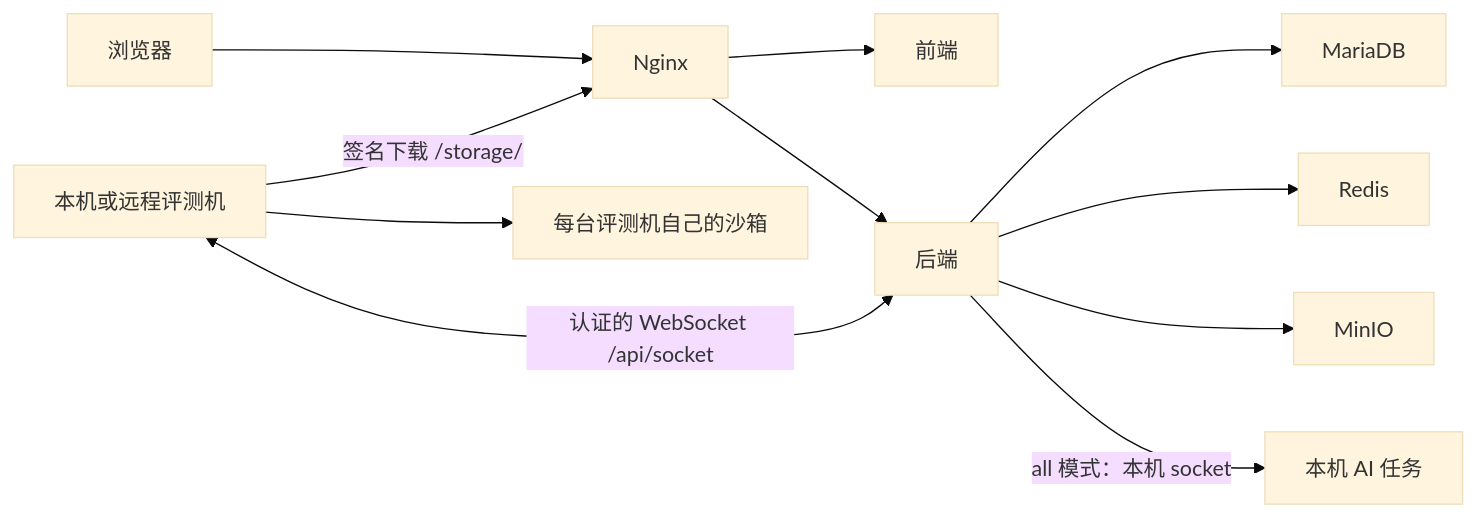
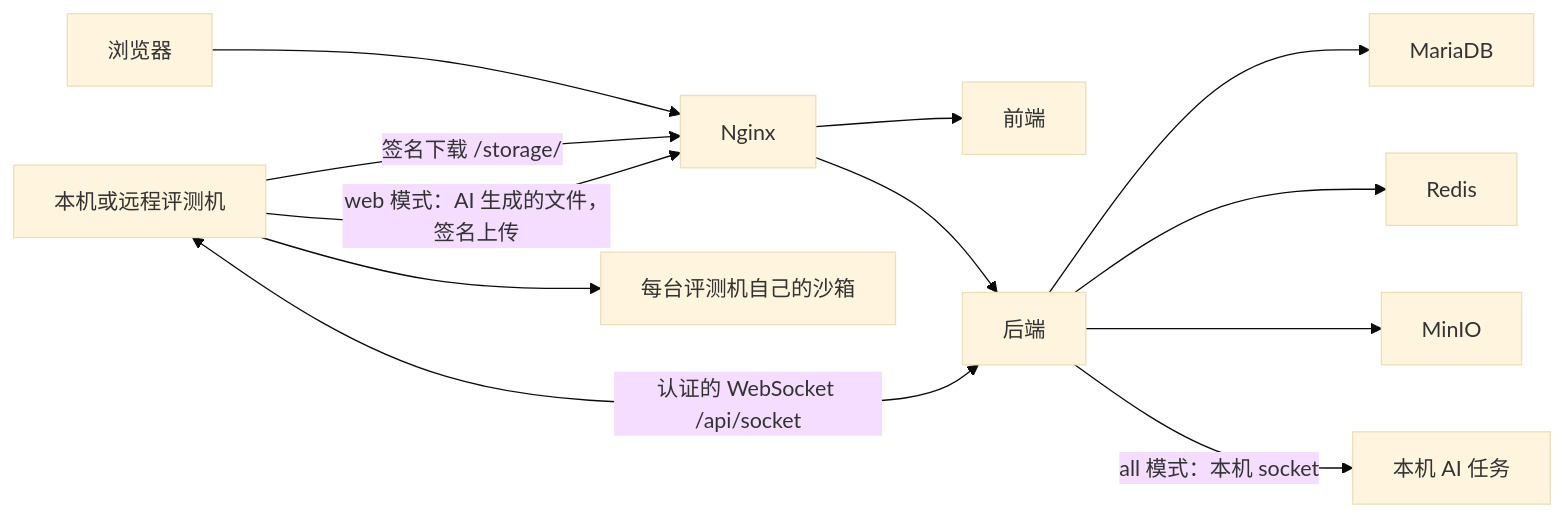
One commit to houyhlouis/LLMOJ changed the diagram in wiki/Distributed-Judging.zh-CN.md. Above: the diagram before and after it, drawn with Mermaid (base theme). The commit also changed other lines of this file and 39 other files, not shown here.

````diff
--- a/wiki/Distributed-Judging.zh-CN.md
+++ b/wiki/Distributed-Judging.zh-CN.md
@@ -10,13 +10,14 @@
 ```mermaid
 flowchart LR
     Browser[浏览器] --> Nginx[Nginx]
     Nginx --> Frontend[前端]
     Nginx --> Backend[后端]
     Backend --> DB[MariaDB]
     Backend --> Redis[Redis]
     Backend --> MinIO[MinIO]
     Judges[本机或远程评测机] <-->|认证的 WebSocket /api/socket| Backend
     Judges --> Sandbox[每台评测机自己的沙箱]
     Judges -->|签名下载 /storage/| Nginx
     Backend -->|all 模式：本机 socket| AIWorker[本机 AI 任务]
+    Judges -->|web 模式：AI 生成的文件，签名上传| Nginx
 ```
````
